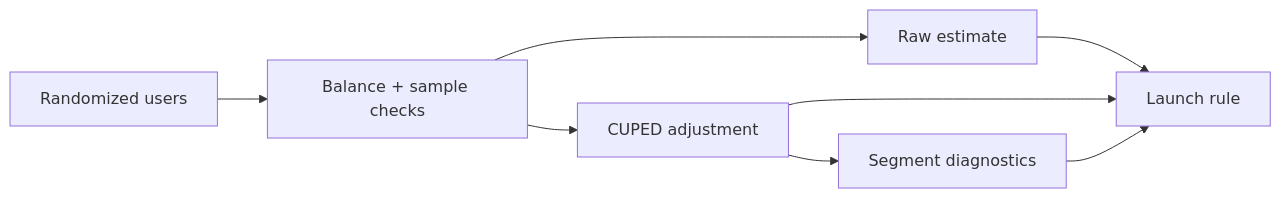
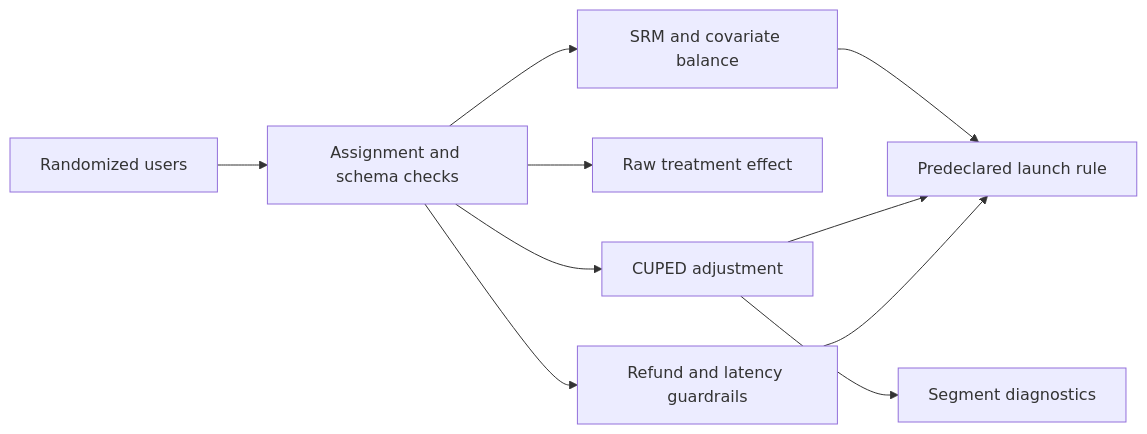
One commit to sagarmandavkar-UX/experimentation-decision-engine changed the diagram in README.md. Above: the diagram before and after it, drawn with Mermaid. The commit also changed other lines of this file and 14 other files, not shown here.

````diff
--- a/README.md
+++ b/README.md
@@ -13,10 +39,12 @@
 ```mermaid
 flowchart LR
-  A[Randomized users] --> B[Balance + sample checks]
-  B --> C[Raw estimate]
-  B --> D[CUPED adjustment]
-  D --> E[Segment diagnostics]
-  C --> F[Launch rule]
-  D --> F
-  E --> F
+    A[Randomized users] --> B[Assignment and schema checks]
+    B --> C[SRM and covariate balance]
+    B --> D[Raw treatment effect]
+    B --> E[CUPED adjustment]
+    E --> F[Segment diagnostics]
+    B --> G[Refund and latency guardrails]
+    C --> H[Predeclared launch rule]
+    E --> H
+    G --> H
 ```
````
